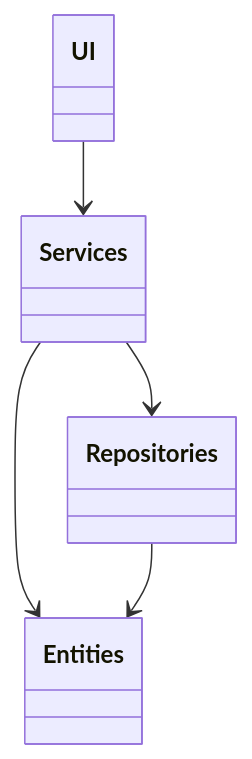
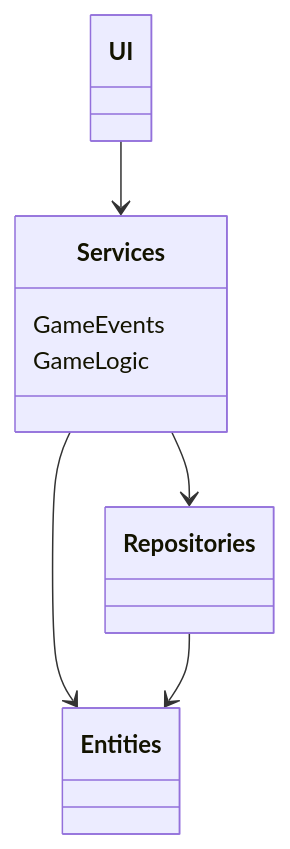
Before and after one commit to rauhja/ot-harjoitustyo: the diagram in dokumentaatio/arkkitehtuuri.md, drawn with Mermaid. The commit also changed other lines of this file, not shown here.

Commit message:
Päivitys arkkitehtuuri.md

````diff
--- a/dokumentaatio/arkkitehtuuri.md
+++ b/dokumentaatio/arkkitehtuuri.md
@@ -7,7 +9,11 @@
 ```mermaid
 classDiagram
     UI --> Services
     Services --> Repositories
     Services --> Entities
     Repositories --> Entities
+    class Services{
+        GameEvents
+        GameLogic
+    }
 ```
````
